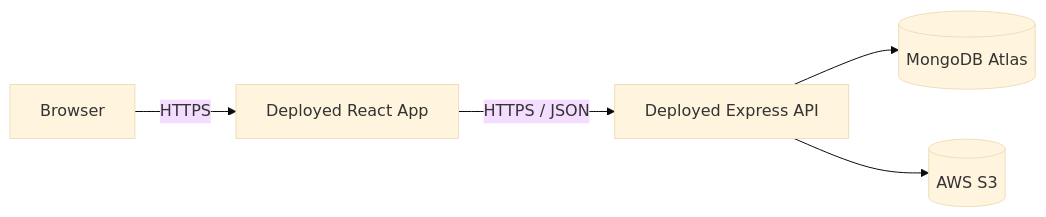
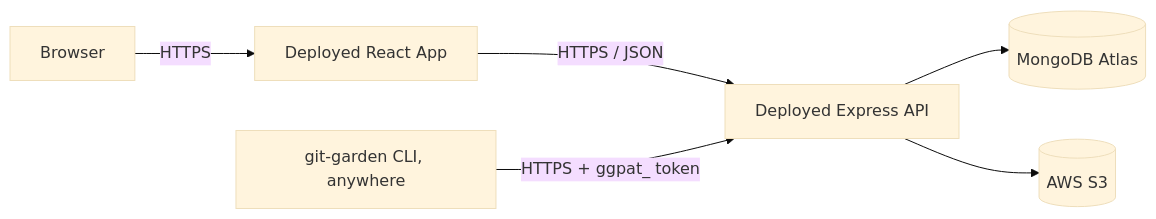
Before and after one commit to prash08484/GitGarden: the eighth of 9 diagrams in README.md, drawn with Mermaid (base theme). The commit also changed other lines of this file, not shown here.

````diff
--- a/README.md
+++ b/README.md
@@ -564,8 +599,10 @@
 ```mermaid
 flowchart LR
     B[Browser]
     -->|HTTPS| FE[Deployed React App]
     FE -->|HTTPS / JSON| API[Deployed Express API]
+    CLI[git-garden CLI, anywhere]
+    -->|HTTPS + ggpat_ token| API
     API --> DB[(MongoDB Atlas)]
     API --> S3[(AWS S3)]
 ```
````
